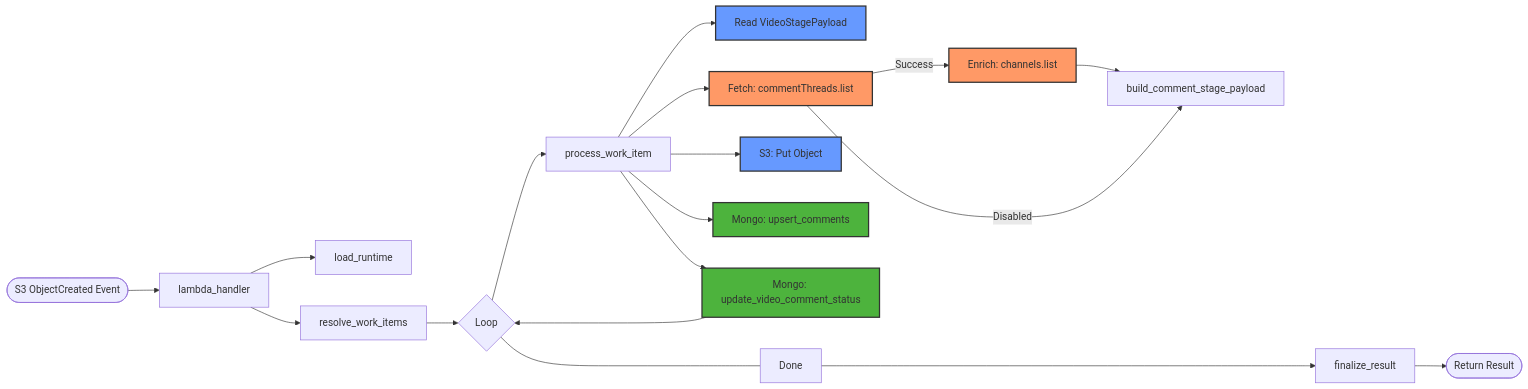
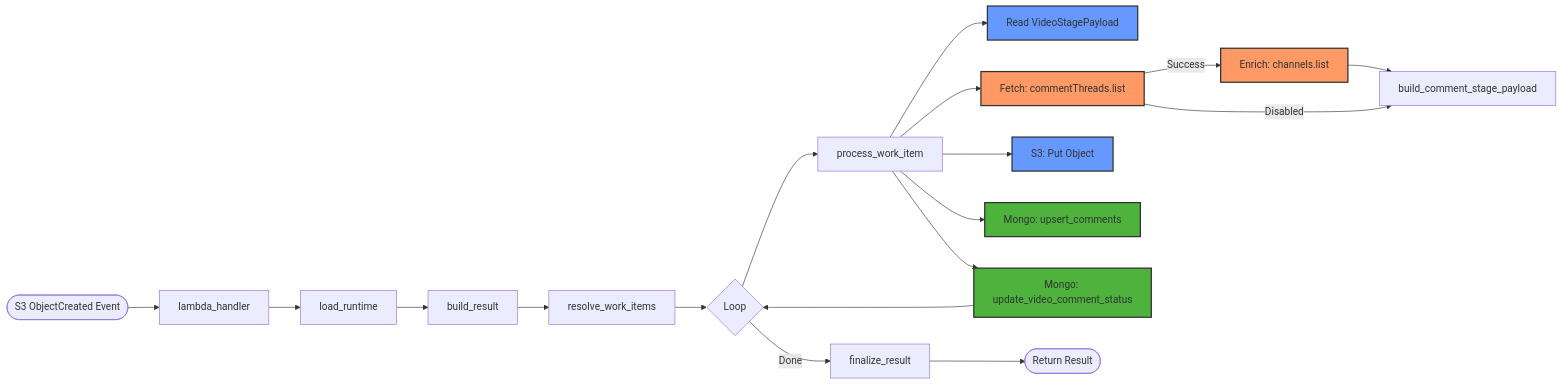
Before and after one commit to kaushalkrishna2000/youtube-bot-analytics: the first of 3 diagrams in comment_lambda/README.md, drawn with Mermaid. The commit also changed other lines of this file and 20 other files, not shown here.

Commit message:
Update READMEs and code comments to reflect updated flowcharts, execution flow, and revised `build_result` logic across all Lambda components.

````diff
--- a/comment_lambda/README.md
+++ b/comment_lambda/README.md
@@ -7,25 +7,26 @@
 ```mermaid
 graph LR
     Start([S3 ObjectCreated Event]) --> LH[lambda_handler]
     LH --> LR[load_runtime]
-    LH --> RWI[resolve_work_items]
+    LR --> BR[build_result]
+    BR --> RWI[resolve_work_items]
     RWI --> Loop{Loop}
     Loop --> PWI[process_work_item]
     PWI --> RS3[Read VideoStagePayload]:::s3
     PWI --> YT[Fetch: commentThreads.list]:::youtube
     YT -- Success --> AE[Enrich: channels.list]:::youtube
     AE --> BCSP[build_comment_stage_payload]
     YT -- Disabled --> BCSP
     PWI --> WS3[S3: Put Object]:::s3
     PWI --> MW1[Mongo: upsert_comments]:::mongodb
     PWI --> MW2[Mongo: update_video_comment_status]:::mongodb
     MW2 --> Loop
     
     %% Termination path at the bottom
-    Loop ---- Done ----> FR[finalize_result]
+    Loop -->|Done| FR[finalize_result]
     FR --> End([Return Result])
 
     classDef youtube fill:#f96,stroke:#333,stroke-width:2px;
     classDef s3 fill:#69f,stroke:#333,stroke-width:2px;
     classDef mongodb fill:#4db33d,stroke:#333,stroke-width:2px;
 ```
````
